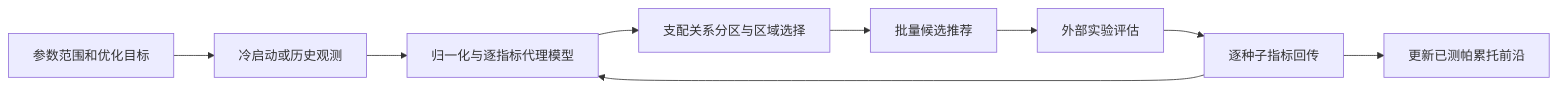
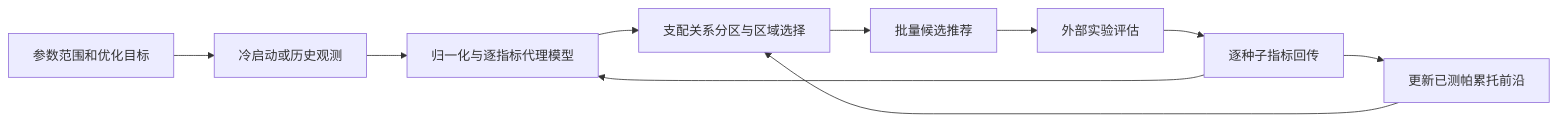
One commit to SKYdayDUCK/LaMOO-BMAS changed the diagram in README.md. Above: the diagram before and after it, drawn with Mermaid. The commit also changed other lines of this file, not shown here.

````diff
--- a/README.md
+++ b/README.md
@@ -151,11 +151,12 @@
 ```mermaid
 flowchart LR
     A[参数范围和优化目标] --> B[冷启动或历史观测]
     B --> C[归一化与逐指标代理模型]
     C --> D[支配关系分区与区域选择]
     D --> E[批量候选推荐]
     E --> F[外部实验评估]
     F --> G[逐种子指标回传]
     G --> C
     G --> H[更新已测帕累托前沿]
+    H --> D
 ```
````
